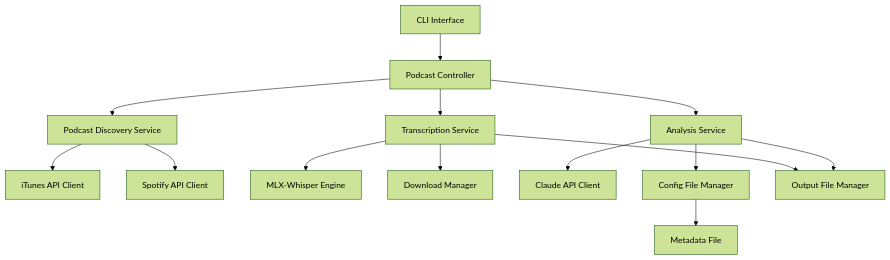
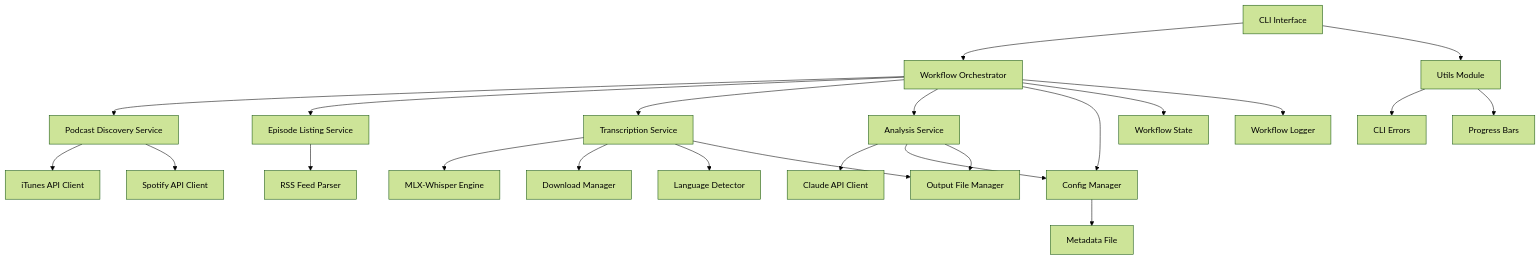
One commit to mickume/podknow changed the diagram in .kiro/specs/podcast-transcription-tool/design.md. Above: the diagram before and after it, drawn with Mermaid (forest theme). The commit also changed other lines of this file and 4 other files, not shown here.

````diff
--- a/.kiro/specs/podcast-transcription-tool/design.md
+++ b/.kiro/specs/podcast-transcription-tool/design.md
@@ -11,20 +11,32 @@
 ```mermaid
 graph TB
-    CLI[CLI Interface] --> PC[Podcast Controller]
-    PC --> PD[Podcast Discovery Service]
-    PC --> TS[Transcription Service]
-    PC --> AS[Analysis Service]
-    
+    CLI[CLI Interface] --> WO[Workflow Orchestrator]
+    WO --> PD[Podcast Discovery Service]
+    WO --> EL[Episode Listing Service]
+    WO --> TS[Transcription Service]
+    WO --> AS[Analysis Service]
+    WO --> CM[Config Manager]
+
+    CLI --> Utils[Utils Module]
+    Utils --> CE[CLI Errors]
+    Utils --> PB[Progress Bars]
+
     PD --> iTunes[iTunes API Client]
     PD --> Spotify[Spotify API Client]
-    
+
+    EL --> RSS[RSS Feed Parser]
+
     TS --> MLX[MLX-Whisper Engine]
     TS --> DL[Download Manager]
-    
+    TS --> LD[Language Detector]
+
     AS --> Claude[Claude API Client]
-    AS --> CF[Config File Manager]
-    
-    CF --> MD[Metadata File]
+    AS --> CM
+
+    CM --> MD[Metadata File]
     TS --> OF[Output File Manager]
     AS --> OF
+
+    WO --> WS[Workflow State]
+    WO --> WL[Workflow Logger]
 ```
````
